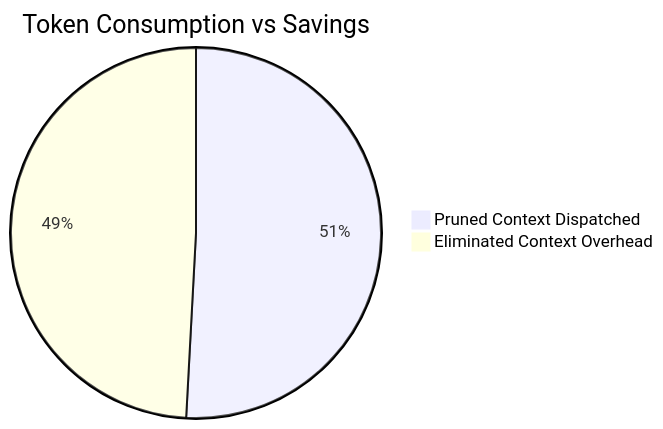
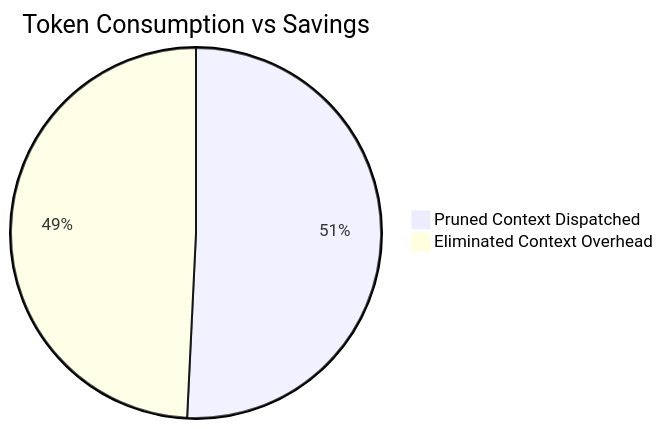
Before and after one commit to lakhwindersingh/nb_fairyfly: the diagram in workplace/docs/reports/token_savings_report.md, drawn with Mermaid. The commit also changed other lines of this file and 29 other files, not shown here.

````diff
--- a/workplace/docs/reports/token_savings_report.md
+++ b/workplace/docs/reports/token_savings_report.md
@@ -26,5 +26,5 @@
 ```mermaid
 pie title Token Consumption vs Savings
-    "Pruned Context Dispatched" : 32007888
-    "Eliminated Context Overhead" : 30942891
+    "Pruned Context Dispatched" : 32433605
+    "Eliminated Context Overhead" : 31458321
 ```
````
